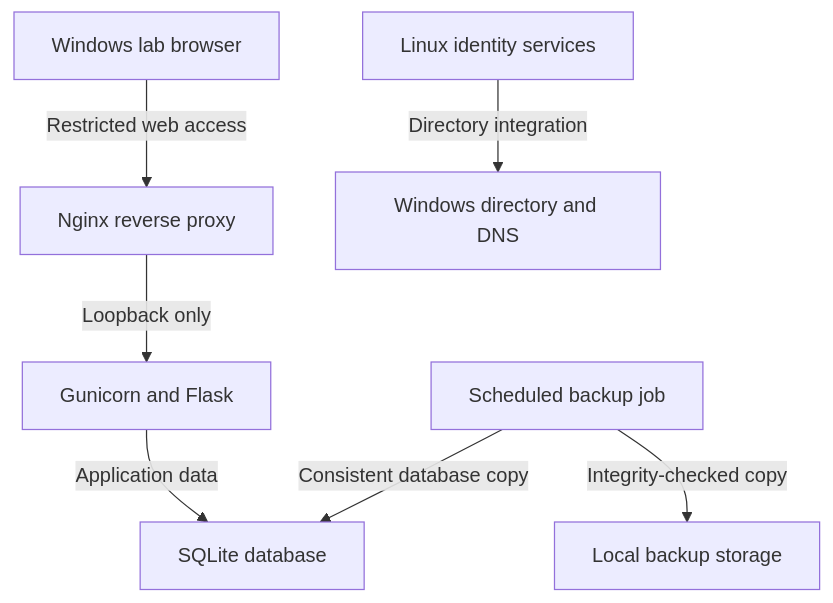
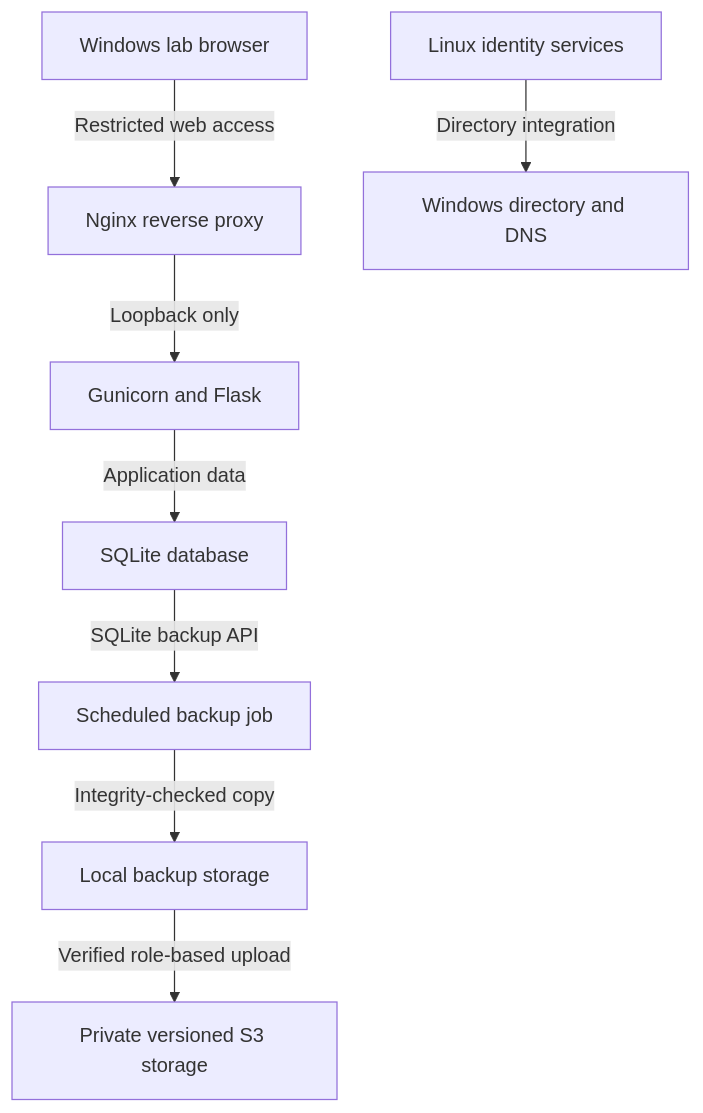
The diagram in documentation/architecture.md (Nval174/active-directory-helpdesk-lab), drawn with Mermaid before and after one commit. The commit also changed other lines of this file and 8 other files, not shown here.

Commit message:
Document verified private backups, recovered application tests, and recovery-host preparation

````diff
--- a/documentation/architecture.md
+++ b/documentation/architecture.md
@@ -20,9 +21,10 @@
 ```mermaid
 flowchart TD
     C["Windows lab browser"] -->|"Restricted web access"| N["Nginx reverse proxy"]
     N -->|"Loopback only"| A["Gunicorn and Flask"]
     A -->|"Application data"| D["SQLite database"]
     L["Linux identity services"] -->|"Directory integration"| W["Windows directory and DNS"]
-    B["Scheduled backup job"] -->|"Consistent database copy"| D
+    D -->|"SQLite backup API"| B["Scheduled backup job"]
     B -->|"Integrity-checked copy"| V["Local backup storage"]
+    V -->|"Verified role-based upload"| S["Private versioned S3 storage"]
 ```
````
